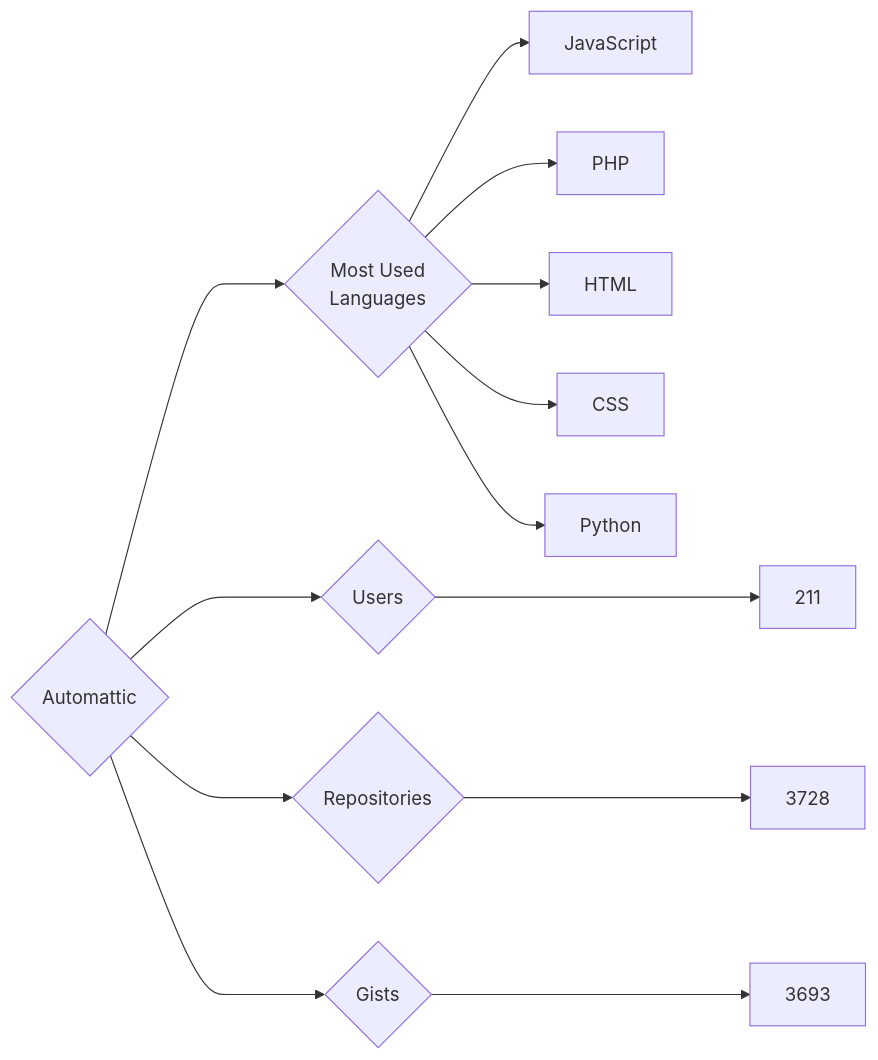
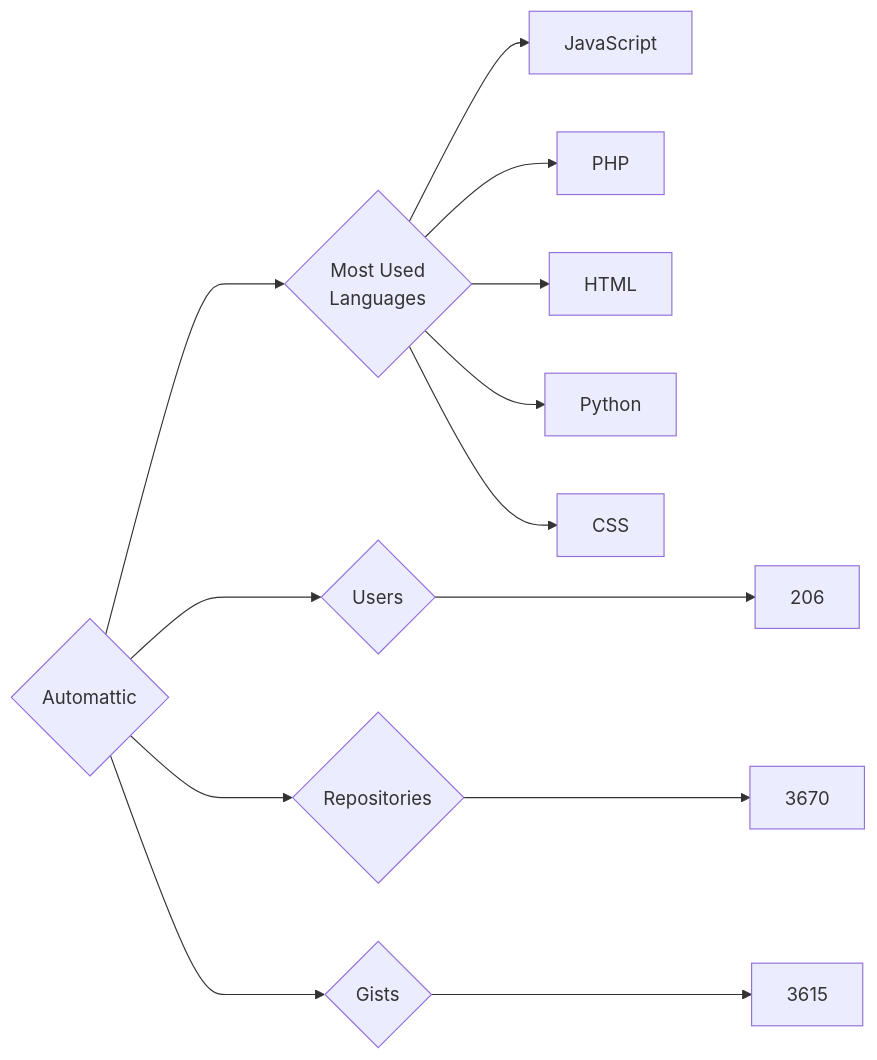
The diagram in targets/Automattic/README.md (trickest/insiders), drawn with Mermaid before and after one commit. The commit also changed 715 other files, not shown here.

````diff
--- a/targets/Automattic/README.md
+++ b/targets/Automattic/README.md
@@ -3,13 +3,13 @@
 ```mermaid
 graph LR
 COMPANY_NAME{Automattic}
-COMPANY_NAME ---> U{Users} ---> UN[211]
-COMPANY_NAME ---> R{Repositories} ---> RN[3728]
-COMPANY_NAME ---> G{Gists} ---> GN[3693]
+COMPANY_NAME ---> U{Users} ---> UN[206]
+COMPANY_NAME ---> R{Repositories} ---> RN[3670]
+COMPANY_NAME ---> G{Gists} ---> GN[3615]
 COMPANY_NAME ---> ML{Most Used<br>Languages}
 ML --> JavaScript[JavaScript]
 ML --> PHP[PHP]
 ML --> HTML[HTML]
+ML --> Python[Python]
 ML --> CSS[CSS]
-ML --> Python[Python]
 ```
````
